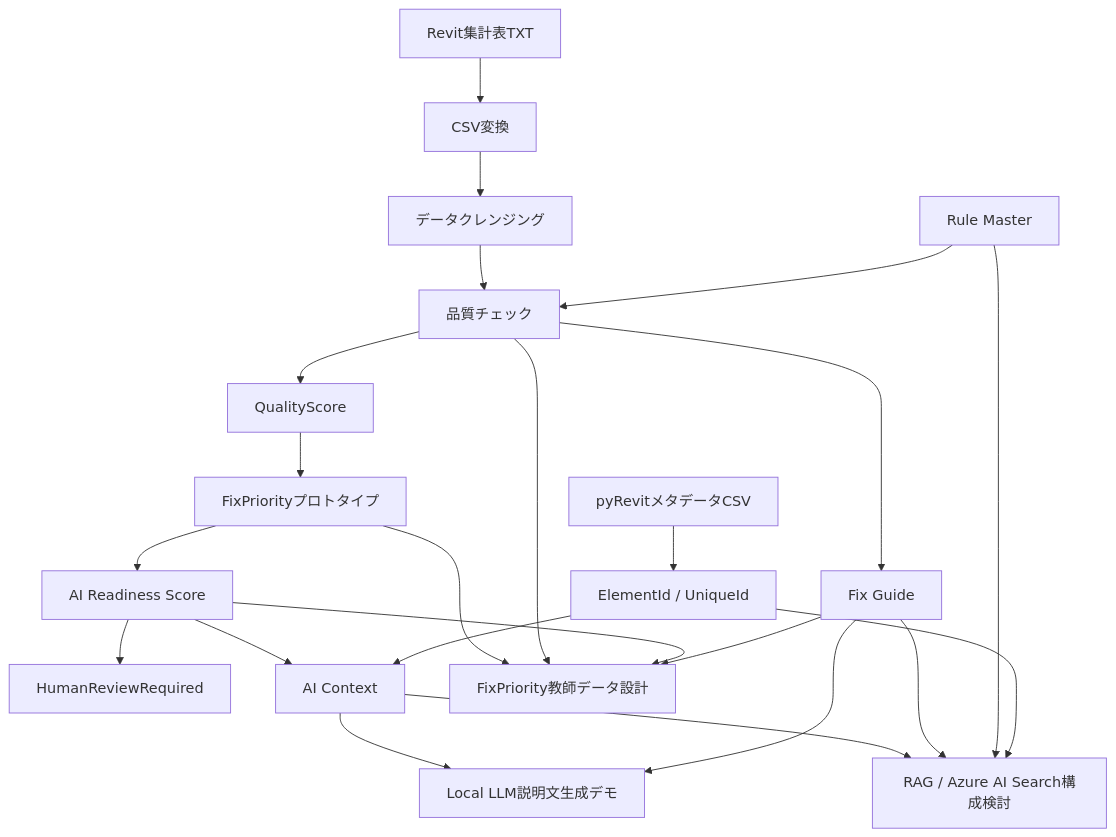
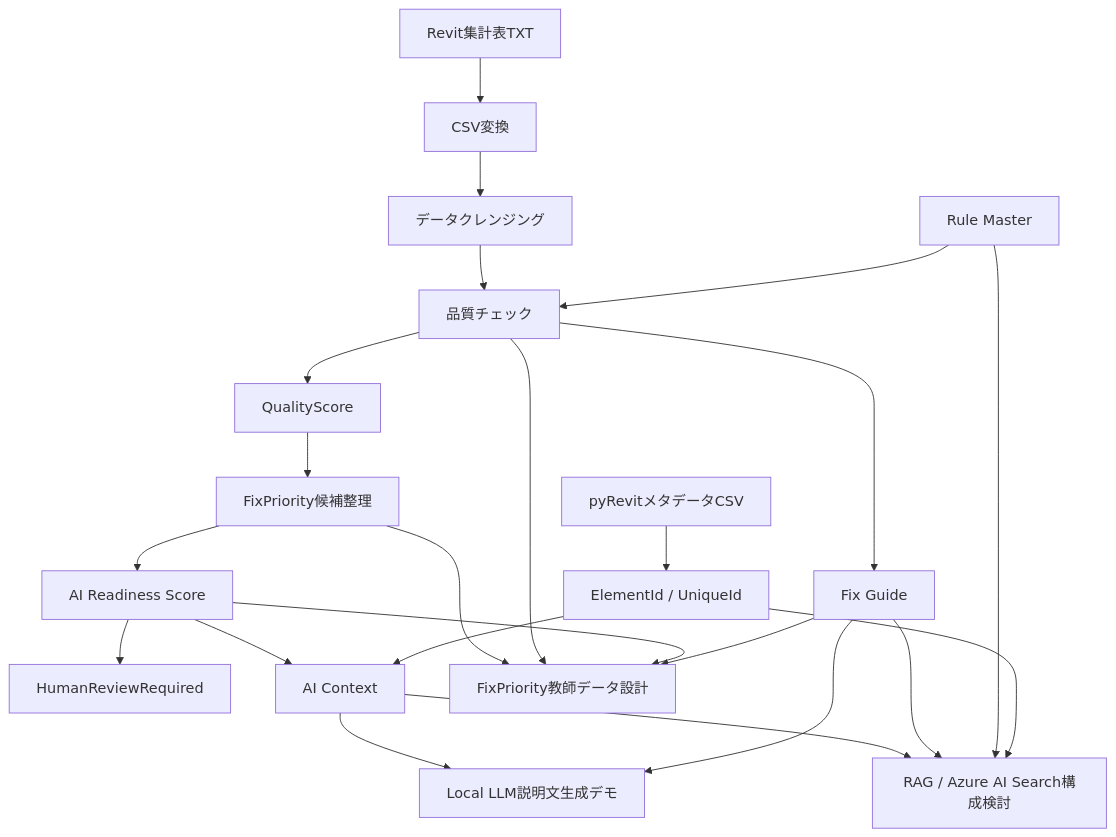
One commit to takahashi-365/bim-quality-poc changed the diagram in README.md. Above: the diagram before and after it, drawn with Mermaid. The commit also changed other lines of this file and 1 other file, not shown here.

````diff
--- a/README.md
+++ b/README.md
@@ -27,31 +27,31 @@
 ```mermaid
 flowchart TD
     A[Revit集計表TXT] --> B[CSV変換]
     B --> C[データクレンジング]
     C --> D[品質チェック]
 
     R[Rule Master] --> D
 
     D --> E[QualityScore]
-    E --> F[FixPriorityプロトタイプ]
+    E --> F[FixPriority候補整理]
     F --> G[AI Readiness Score]
     G --> H[HumanReviewRequired]
     G --> I[AI Context]
     D --> J[Fix Guide]
 
     I --> K[Local LLM説明文生成デモ]
     J --> K
 
     I --> L[RAG / Azure AI Search構成検討]
     J --> L
     R --> L
 
     F --> M[FixPriority教師データ設計]
     D --> M
     G --> M
     J --> M
 
     P[pyRevitメタデータCSV] --> Q[ElementId / UniqueId]
     Q --> I
     Q --> L
 ```
````
